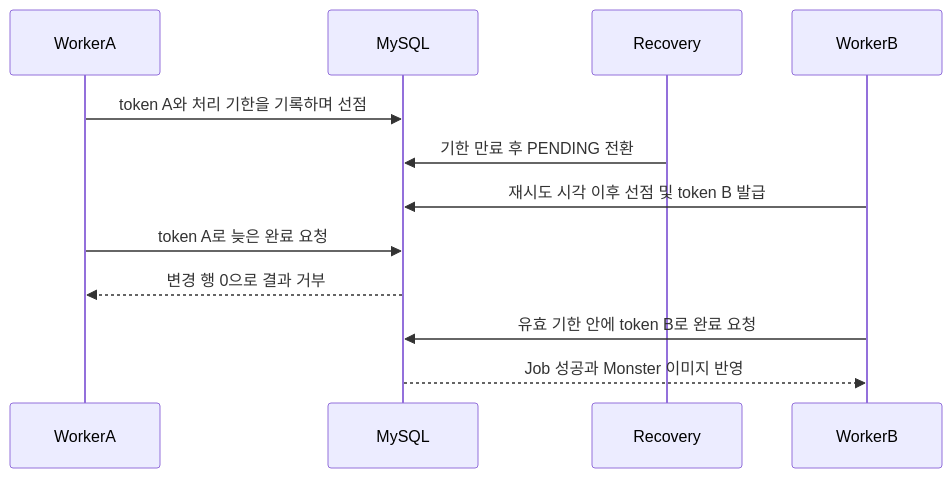
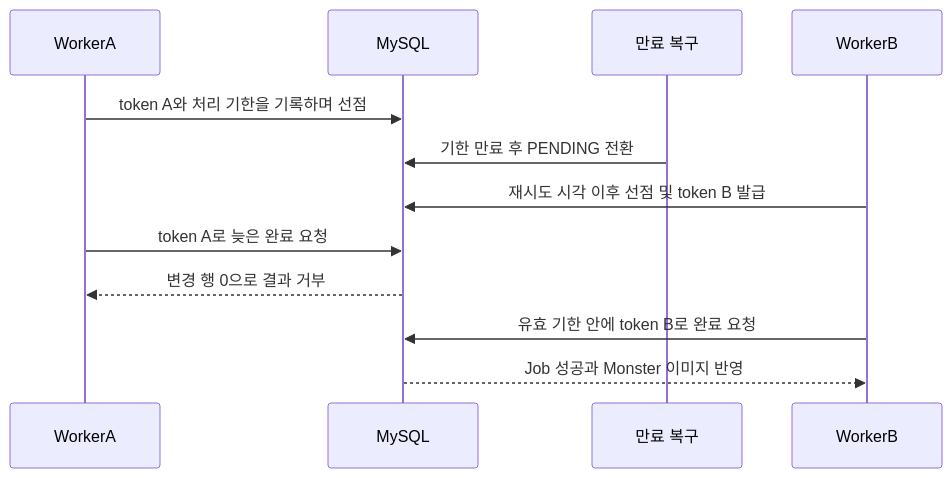
Before and after one commit to woowacourse/woowa-writing: the fifth of 6 diagrams in LEVEL4-milan.md, drawn with Mermaid. The commit also changed other lines of this file, not shown here.

````diff
--- a/LEVEL4-milan.md
+++ b/LEVEL4-milan.md
@@ -151,15 +151,15 @@
 ```mermaid
 sequenceDiagram
     participant WorkerA
     participant MySQL
-    participant Recovery
+    participant Recovery as 만료 복구
     participant WorkerB
 
     WorkerA->>MySQL: token A와 처리 기한을 기록하며 선점
     Recovery->>MySQL: 기한 만료 후 PENDING 전환
     WorkerB->>MySQL: 재시도 시각 이후 선점 및 token B 발급
     WorkerA->>MySQL: token A로 늦은 완료 요청
     MySQL-->>WorkerA: 변경 행 0으로 결과 거부
     WorkerB->>MySQL: 유효 기한 안에 token B로 완료 요청
     MySQL-->>WorkerB: Job 성공과 Monster 이미지 반영
 ```
````
